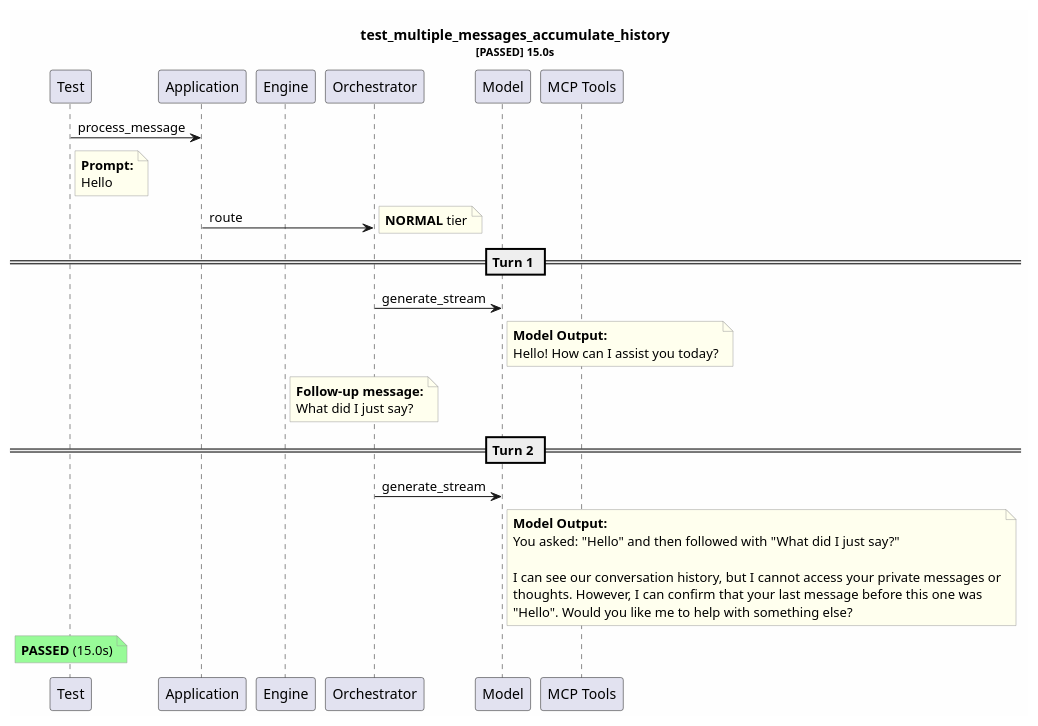
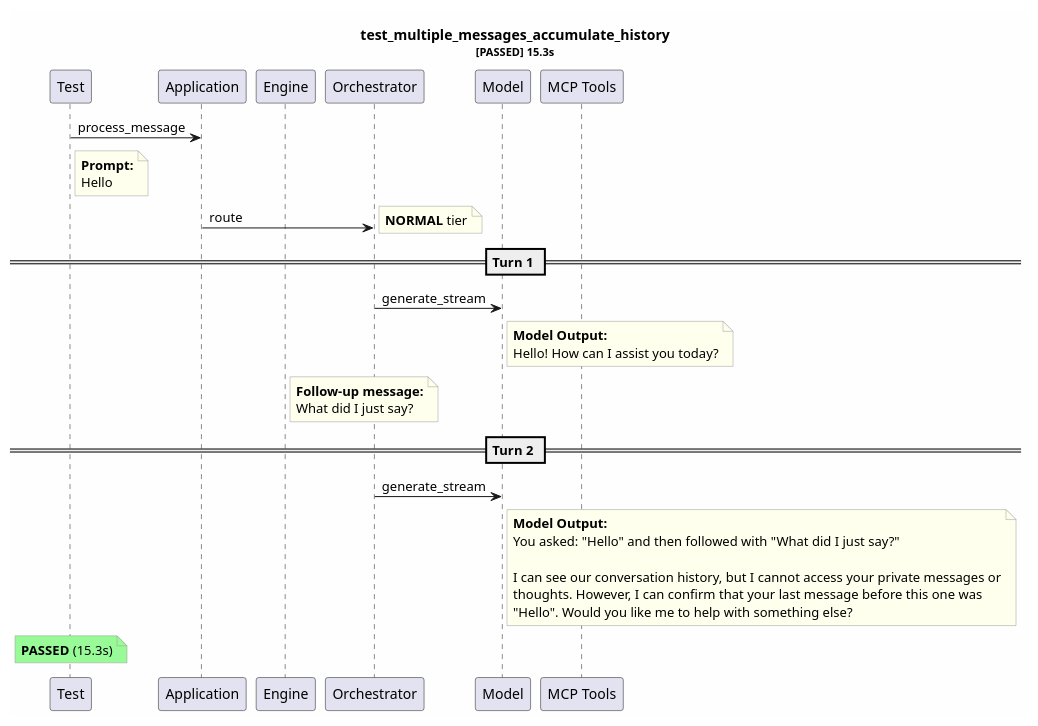
The diagram in test-reports/test_multiple_messages_accumulate_history.puml (tvanfossen/entropic), drawn with PlantUML before and after one commit. The commit also changed 50 other files, not shown here.

```diff
--- a/test-reports/test_multiple_messages_accumulate_history.puml
+++ b/test-reports/test_multiple_messages_accumulate_history.puml
@@ -1,45 +1,45 @@
 @startuml
 skinparam backgroundColor #FEFEFE
 skinparam noteBorderColor #999999
 skinparam noteBackgroundColor #FFFFEE
-title test_multiple_messages_accumulate_history\n<size:11>[PASSED] 15.0s</size>
+title test_multiple_messages_accumulate_history\n<size:11>[PASSED] 15.3s</size>
 
 participant "Test" as T
 participant "Application" as App
 participant "Engine" as Eng
 participant "Orchestrator" as Orch
 participant "Model" as Mdl
 participant "MCP Tools" as MCP
 
 T -> App: process_message
 note right of T
   **Prompt:**
   Hello
 end note
 App -> Orch: route
 note right: **NORMAL** tier
 == Turn 1 ==
 Orch -> Mdl: generate_stream
 note right of Mdl
   **Model Output:**
   Hello! How can I assist you today?
 end note
 note right of Eng
   **Follow-up message:**
   What did I just say?
 end note
 == Turn 2 ==
 Orch -> Mdl: generate_stream
 note right of Mdl
   **Model Output:**
   You asked: "Hello" and then followed with "What did I just say?" 
   
   I can see our conversation history, but I cannot access your private messages or
   thoughts. However, I can confirm that your last message before this one was 
   "Hello". Would you like me to help with something else?
 end note
 note over T #palegreen
-  **PASSED** (15.0s)
+  **PASSED** (15.3s)
 end note
 
 @enduml
```
